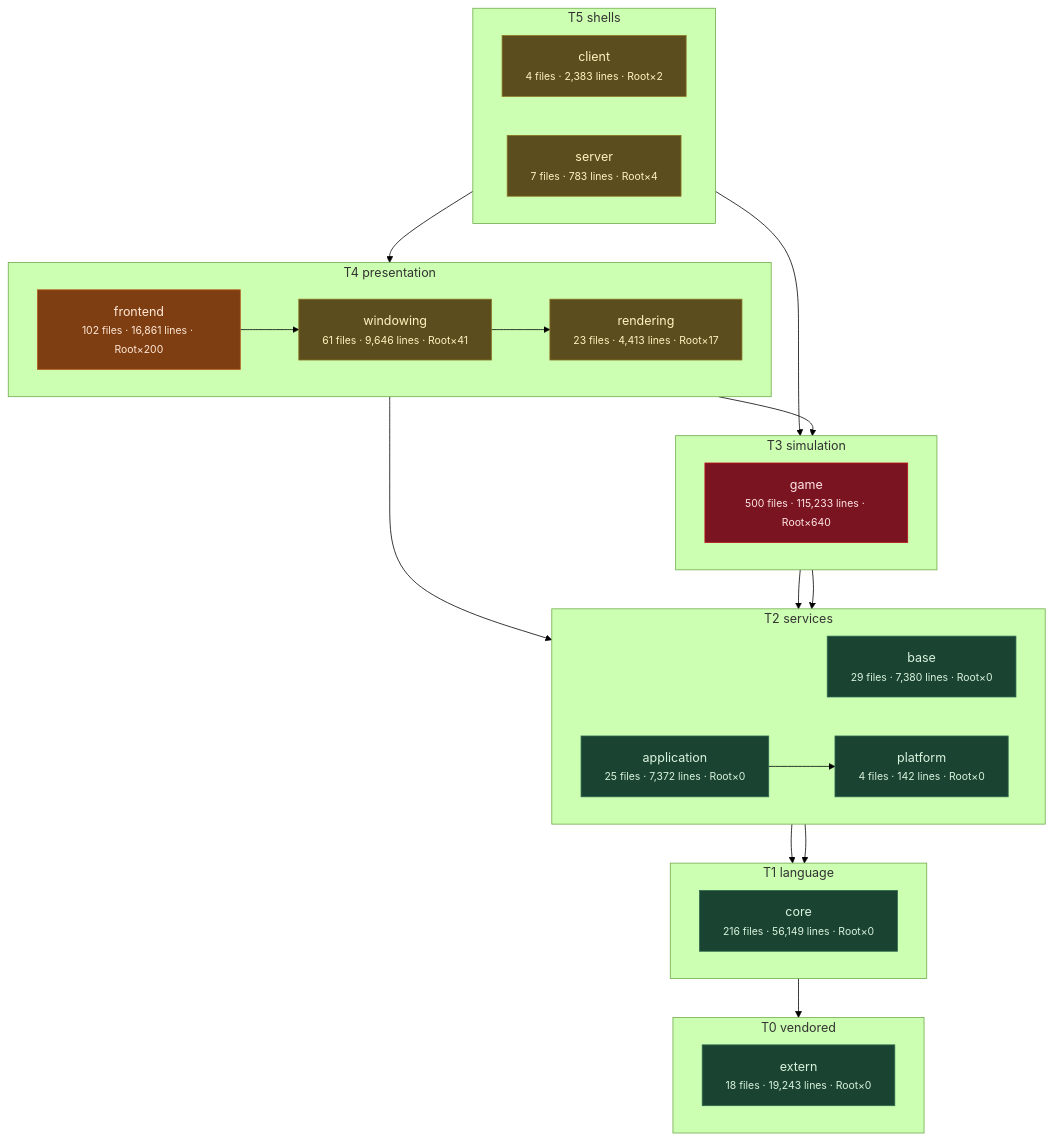
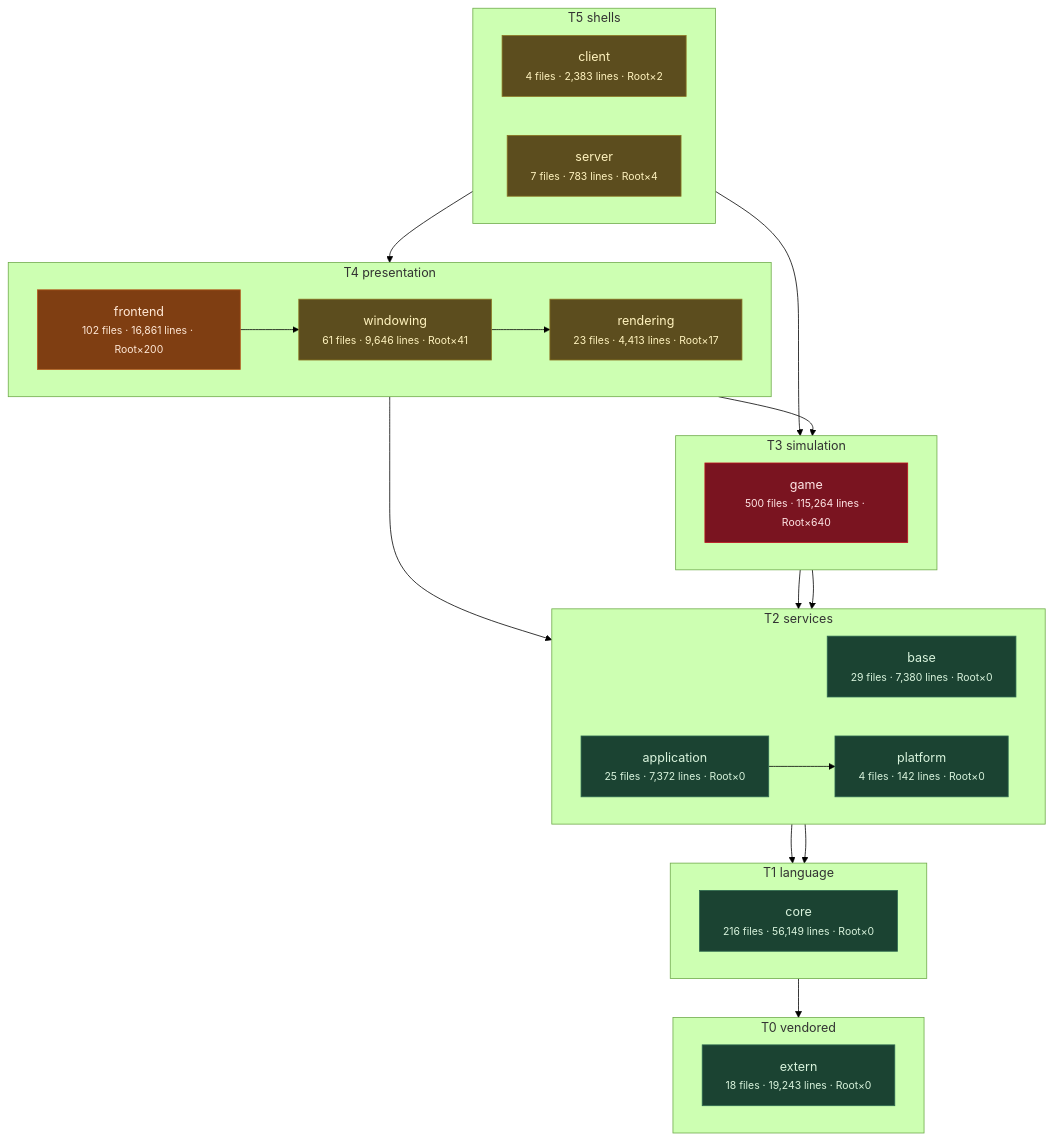
The third of 11 diagrams in docs/architecture/system-boundaries.md (apnex/OpenStarbound), drawn with Mermaid (forest theme) before and after one commit. The commit also changed other lines of this file and 1 other file, not shown here.

````diff
--- a/docs/architecture/system-boundaries.md
+++ b/docs/architecture/system-boundaries.md
@@ -270,52 +270,52 @@
 ```mermaid
 flowchart TD
   subgraph T0["T0 vendored"]
     direction LR
     extern["extern<br/><small>18 files · 19,243 lines · Root×0</small>"]
   end
   subgraph T1["T1 language"]
     direction LR
     core["core<br/><small>216 files · 56,149 lines · Root×0</small>"]
   end
   subgraph T2["T2 services"]
     direction LR
     base["base<br/><small>29 files · 7,380 lines · Root×0</small>"]
     platform["platform<br/><small>4 files · 142 lines · Root×0</small>"]
     application["application<br/><small>25 files · 7,372 lines · Root×0</small>"]
   end
   subgraph T3["T3 simulation"]
     direction LR
-    game["game<br/><small>500 files · 115,233 lines · Root×640</small>"]
+    game["game<br/><small>500 files · 115,264 lines · Root×640</small>"]
   end
   subgraph T4["T4 presentation"]
     direction LR
     rendering["rendering<br/><small>23 files · 4,413 lines · Root×17</small>"]
     windowing["windowing<br/><small>61 files · 9,646 lines · Root×41</small>"]
     frontend["frontend<br/><small>102 files · 16,861 lines · Root×200</small>"]
   end
   subgraph T5["T5 shells"]
     direction LR
     client["client<br/><small>4 files · 2,383 lines · Root×2</small>"]
     server["server<br/><small>7 files · 783 lines · Root×4</small>"]
   end
   core --> extern
   base --> core
   platform --> core
   application --> platform
   game --> base
   game --> platform
   rendering --> application
   rendering --> game
   windowing --> rendering
   frontend --> windowing
   client --> frontend
   server --> game
   classDef clean fill:#1b4332,stroke:#2d6a4f,color:#d8f3dc
   classDef warm  fill:#5c4d1e,stroke:#8a7420,color:#fff3bf
   classDef hot   fill:#7f3e12,stroke:#b5561b,color:#ffe8d6
   classDef blaze fill:#7a1420,stroke:#c1121f,color:#ffe5e5
   class extern,core,base,platform,application clean
   class rendering,windowing,client,server warm
   class frontend hot
   class game blaze
 ```
````
